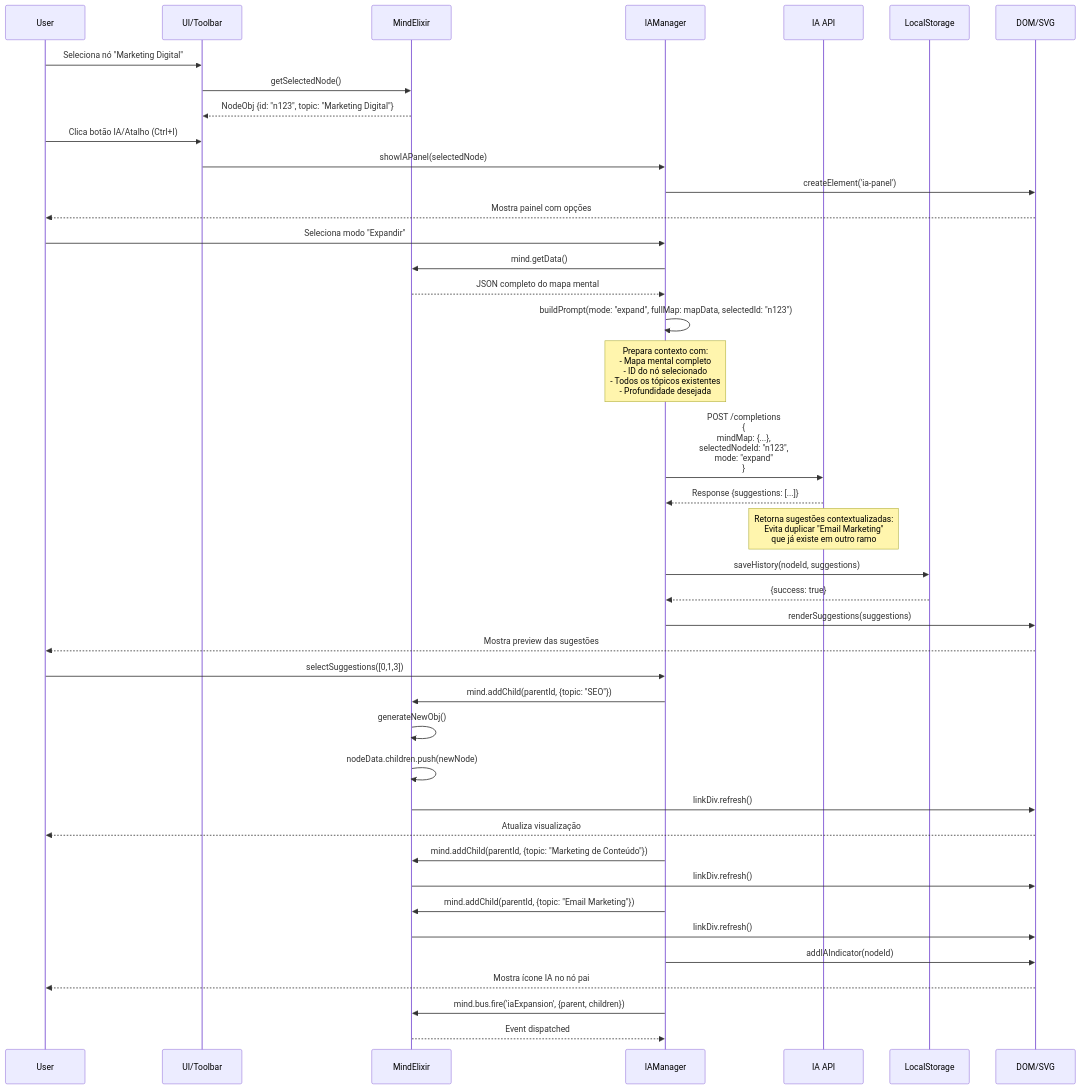
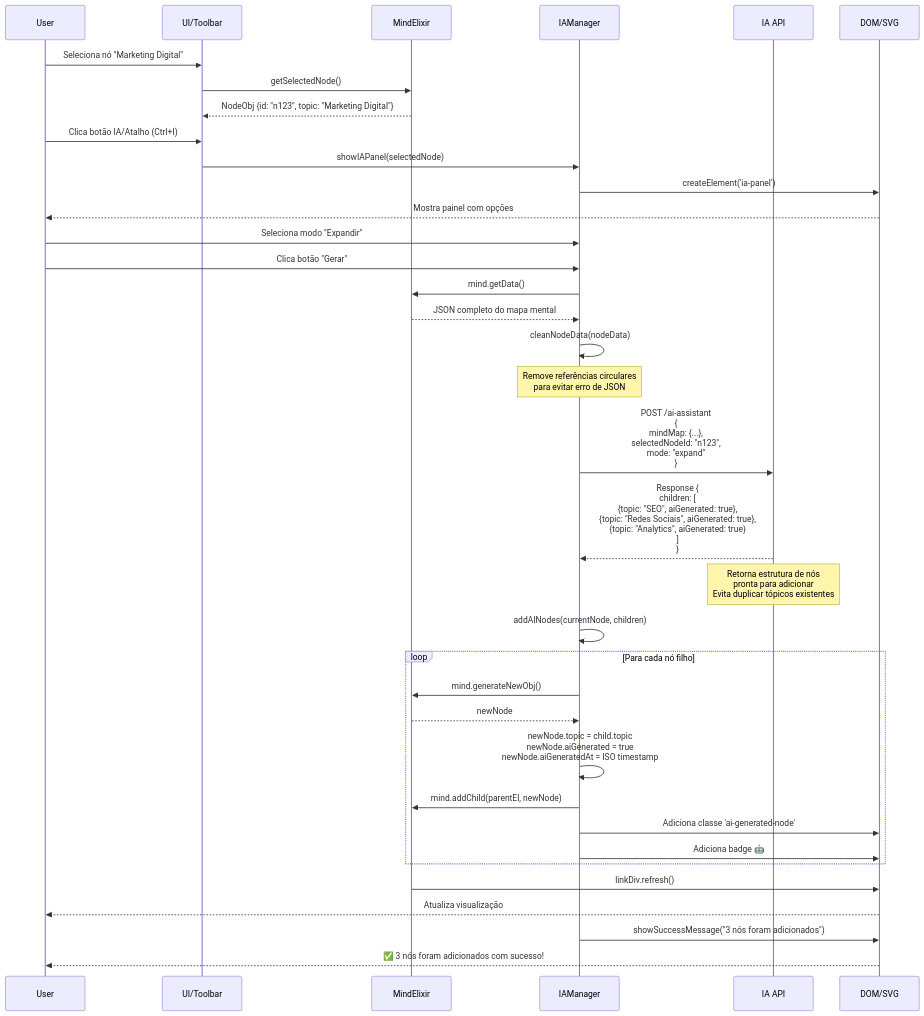
One commit to alexalxs/mind-elixir-core changed the fourth of 8 diagrams in docs/IAAssistant_Seq.md. Above: the diagram before and after it, drawn with Mermaid. The commit also changed other lines of this file and 5 other files, not shown here.

First line of the commit message:
feat: update AI assistant to automatically add nodes and fix question mode

````diff
--- a/docs/IAAssistant_Seq.md
+++ b/docs/IAAssistant_Seq.md
@@ -78,54 +81,45 @@
 ```mermaid
 sequenceDiagram
     participant User
     participant UI as UI/Toolbar
     participant ME as MindElixir
     participant IAM as IAManager
     participant API as IA API
-    participant DB as LocalStorage
     participant DOM as DOM/SVG
 
     User->>UI: Seleciona nó "Marketing Digital"
     UI->>ME: getSelectedNode()
     ME-->>UI: NodeObj {id: "n123", topic: "Marketing Digital"}
     
     User->>UI: Clica botão IA/Atalho (Ctrl+I)
     UI->>IAM: showIAPanel(selectedNode)
     IAM->>DOM: createElement('ia-panel')
     DOM-->>User: Mostra painel com opções
     
     User->>IAM: Seleciona modo "Expandir"
+    User->>IAM: Clica botão "Gerar"
     IAM->>ME: mind.getData()
     ME-->>IAM: JSON completo do mapa mental
-    IAM->>IAM: buildPrompt(mode: "expand", fullMap: mapData, selectedId: "n123")
-    Note over IAM: Prepara contexto com:<br/>- Mapa mental completo<br/>- ID do nó selecionado<br/>- Todos os tópicos existentes<br/>- Profundidade desejada
+    IAM->>IAM: cleanNodeData(nodeData)
+    Note over IAM: Remove referências circulares<br/>para evitar erro de JSON
     
-    IAM->>API: POST /completions<br/>{<br/>  mindMap: {...},<br/>  selectedNodeId: "n123",<br/>  mode: "expand"<br/>}
-    API-->>IAM: Response {suggestions: [...]}
-    Note over API: Retorna sugestões contextualizadas:<br/>Evita duplicar "Email Marketing"<br/>que já existe em outro ramo
+    IAM->>API: POST /ai-assistant<br/>{<br/>  mindMap: {...},<br/>  selectedNodeId: "n123",<br/>  mode: "expand"<br/>}
+    API-->>IAM: Response {<br/>  children: [<br/>    {topic: "SEO", aiGenerated: true},<br/>    {topic: "Redes Sociais", aiGenerated: true},<br/>    {topic: "Analytics", aiGenerated: true}<br/>  ]<br/>}
+    Note over API: Retorna estrutura de nós<br/>pronta para adicionar<br/>Evita duplicar tópicos existentes
     
-    IAM->>DB: saveHistory(nodeId, suggestions)
-    DB-->>IAM: {success: true}
+    IAM->>IAM: addAINodes(currentNode, children)
+    loop Para cada nó filho
+        IAM->>ME: mind.generateNewObj()
+        ME-->>IAM: newNode
+        IAM->>IAM: newNode.topic = child.topic<br/>newNode.aiGenerated = true<br/>newNode.aiGeneratedAt = ISO timestamp
+        IAM->>ME: mind.addChild(parentEl, newNode)
+        IAM->>DOM: Adiciona classe 'ai-generated-node'
+        IAM->>DOM: Adiciona badge 🤖
+    end
     
-    IAM->>DOM: renderSuggestions(suggestions)
-    DOM-->>User: Mostra preview das sugestões
-    
-    User->>IAM: selectSuggestions([0,1,3])
-    IAM->>ME: mind.addChild(parentId, {topic: "SEO"})
-    ME->>ME: generateNewObj()
-    ME->>ME: nodeData.children.push(newNode)
     ME->>DOM: linkDiv.refresh()
     DOM-->>User: Atualiza visualização
     
-    IAM->>ME: mind.addChild(parentId, {topic: "Marketing de Conteúdo"})
-    ME->>DOM: linkDiv.refresh()
-    
-    IAM->>ME: mind.addChild(parentId, {topic: "Email Marketing"})
-    ME->>DOM: linkDiv.refresh()
-    
-    IAM->>DOM: addIAIndicator(nodeId)
-    DOM-->>User: Mostra ícone IA no nó pai
-    
-    IAM->>ME: mind.bus.fire('iaExpansion', {parent, children})
-    ME-->>IAM: Event dispatched
+    IAM->>DOM: showSuccessMessage("3 nós foram adicionados")
+    DOM-->>User: ✅ 3 nós foram adicionados com sucesso!
 ```
````
